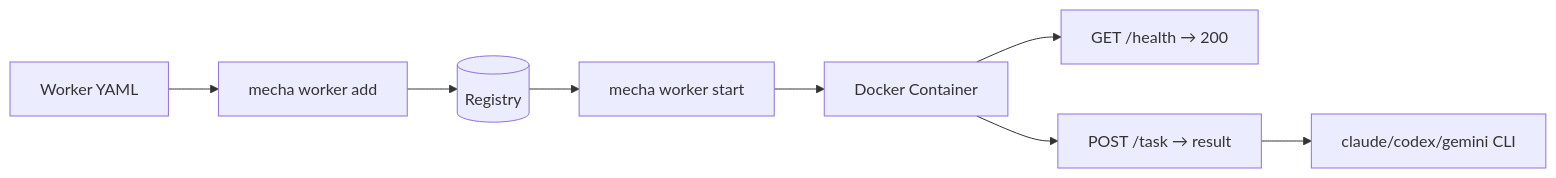
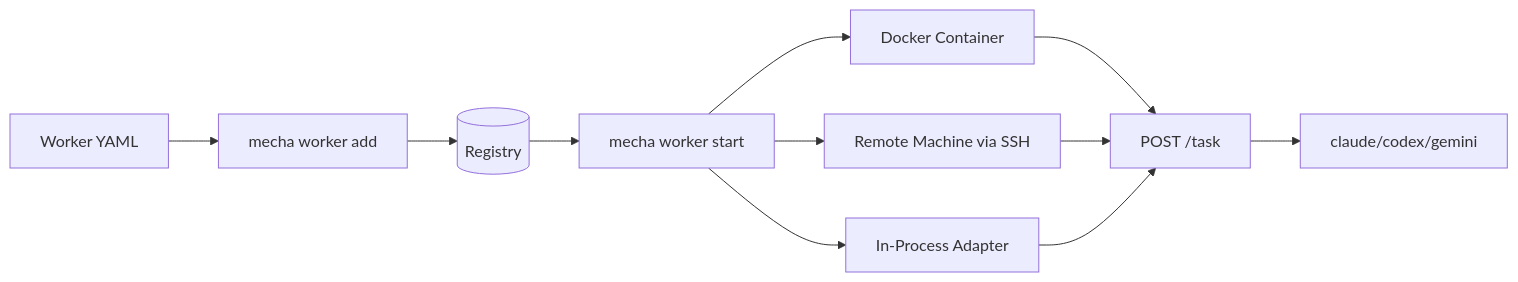
The first of 2 diagrams in website/guide/index.md (xiaolai/mecha.im), drawn with Mermaid before and after one commit. The commit also changed other lines of this file and 5 other files, not shown here.

````diff
--- a/website/guide/index.md
+++ b/website/guide/index.md
@@ -29,10 +29,13 @@
 ```mermaid
 flowchart LR
     YAML[Worker YAML] --> Add[mecha worker add]
     Add --> Registry[(Registry)]
     Registry --> Start[mecha worker start]
     Start --> Docker[Docker Container]
-    Docker --> Health[GET /health → 200]
-    Docker --> Task[POST /task → result]
-    Task --> CLI[claude/codex/gemini CLI]
+    Start --> SSH[Remote Machine via SSH]
+    Start --> Adapter[In-Process Adapter]
+    Docker --> Task[POST /task]
+    SSH --> Task
+    Adapter --> Task
+    Task --> CLI[claude/codex/gemini]
 ```
````
